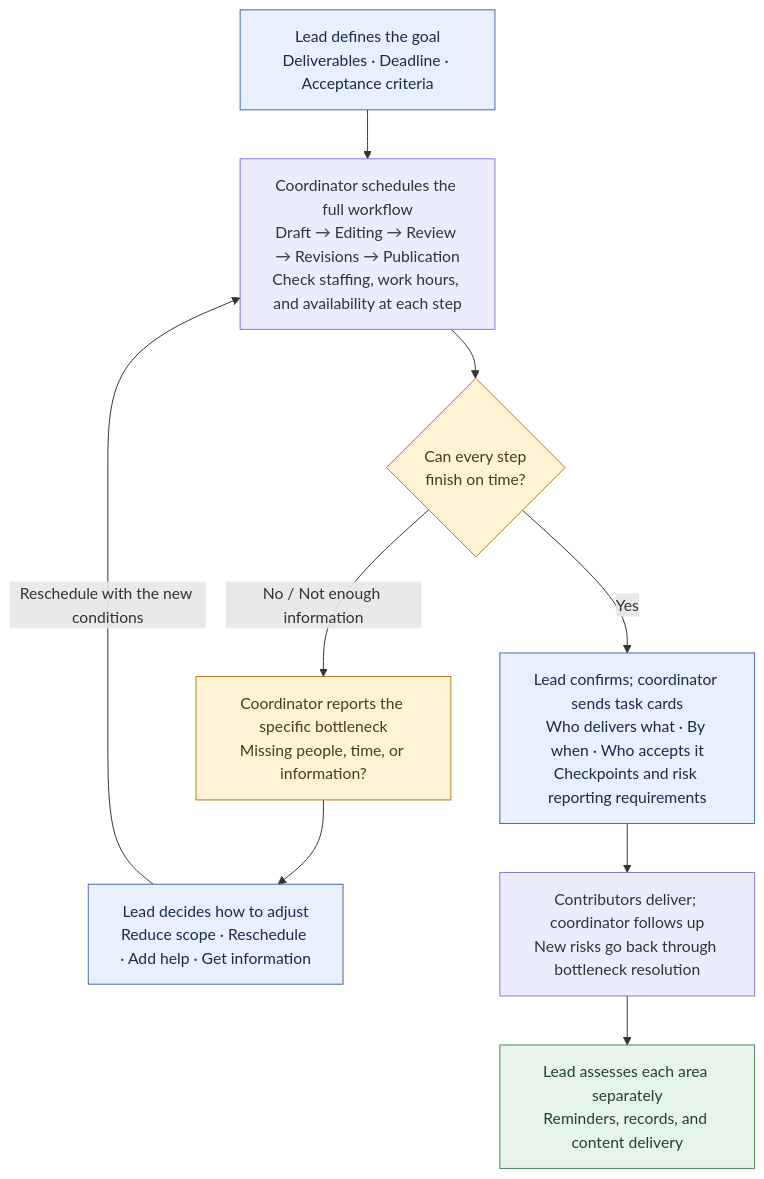
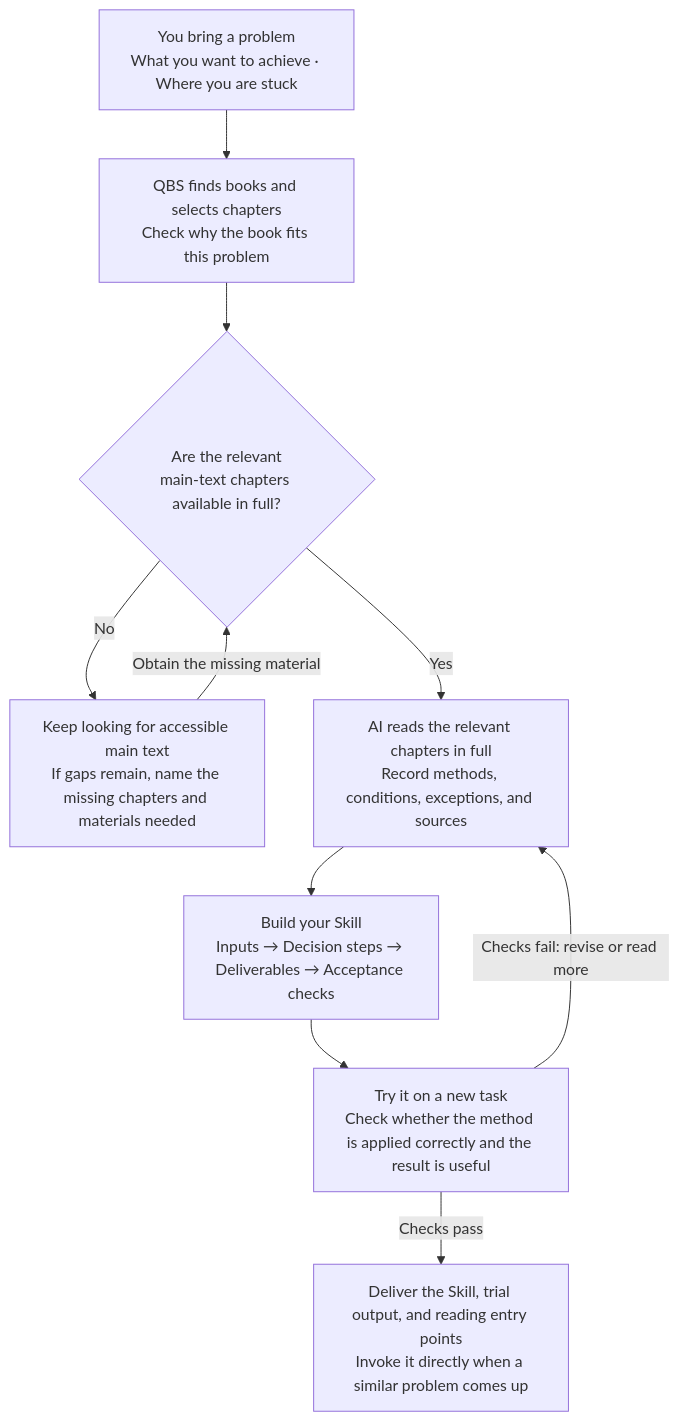
The diagram in README.en.md (LearnPrompt/qbs), drawn with Mermaid before and after one commit. The commit also changed other lines of this file and 5 other files, not shown here.

Commit message:
Center QBS creation workflow and move scheduling into examples

````diff
--- a/README.en.md
+++ b/README.en.md
@@ -95,17 +35,12 @@
 ```mermaid
 flowchart TD
-    A["Lead defines the goal<br/>Deliverables · Deadline · Acceptance criteria"] --> B["Coordinator schedules the full workflow<br/>Draft → Editing → Review → Revisions → Publication<br/>Check staffing, work hours, and availability at each step"]
-    B --> C{"Can every step<br/>finish on time?"}
-    C -- "No / Not enough information" --> D["Coordinator reports the specific bottleneck<br/>Missing people, time, or information?"]
-    D --> E["Lead decides how to adjust<br/>Reduce scope · Reschedule · Add help · Get information"]
-    E -- "Reschedule with the new conditions" --> B
-    C -- "Yes" --> F["Lead confirms; coordinator sends task cards<br/>Who delivers what · By when · Who accepts it<br/>Checkpoints and risk reporting requirements"]
-    F --> G["Contributors deliver; coordinator follows up<br/>New risks go back through bottleneck resolution"]
-    G --> H["Lead assesses each area separately<br/>Reminders, records, and content delivery"]
-    classDef lead fill:#e8efff,stroke:#4169a1,color:#182b49;
-    classDef decision fill:#fff3d6,stroke:#b37b17,color:#503a13;
-    classDef done fill:#e6f4eb,stroke:#43845b,color:#21422d;
-    class A,E,F lead;
-    class C,D decision;
-    class H done;
+    A["You bring a problem<br/>What you want to achieve · Where you are stuck"] --> B["QBS finds books and selects chapters<br/>Check why the book fits this problem"]
+    B --> C{"Are the relevant<br/>main-text chapters available in full?"}
+    C -- "No" --> D["Keep looking for accessible main text<br/>If gaps remain, name the missing chapters and materials needed"]
+    D -- "Obtain the missing material" --> C
+    C -- "Yes" --> E["AI reads the relevant chapters in full<br/>Record methods, conditions, exceptions, and sources"]
+    E --> F["Build your Skill<br/>Inputs → Decision steps → Deliverables → Acceptance checks"]
+    F --> G["Try it on a new task<br/>Check whether the method is applied correctly and the result is useful"]
+    G -- "Checks fail: revise or read more" --> E
+    G -- "Checks pass" --> H["Deliver the Skill, trial output, and reading entry points<br/>Invoke it directly when a similar problem comes up"]
 ```
````
